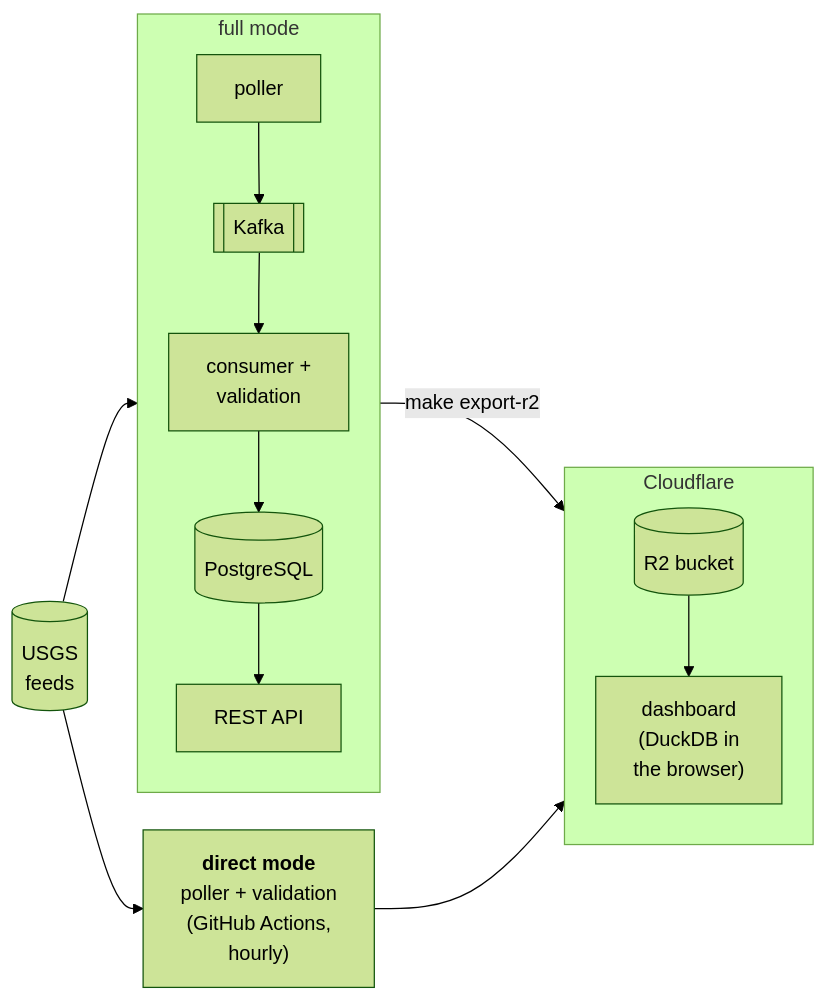
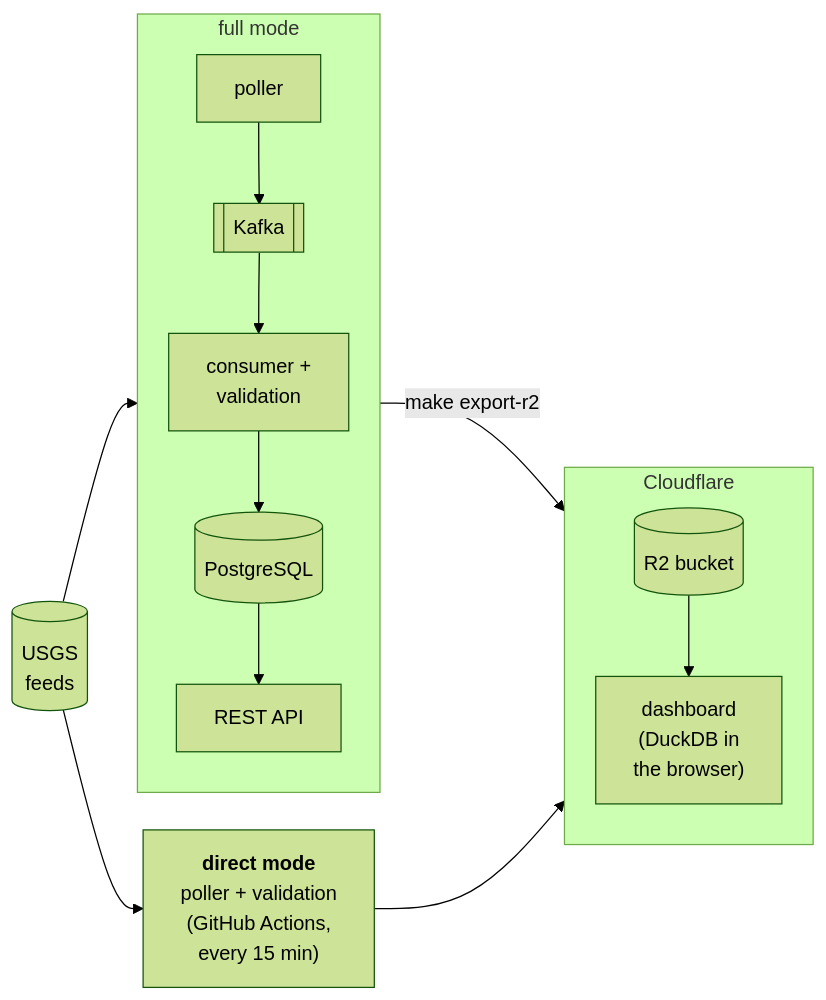
Before and after one commit to dienarvaez1/earth-hub: the first of 2 diagrams in README.md, drawn with Mermaid (forest theme). The commit also changed other lines of this file and 30 other files, not shown here.

First line of the commit message:
feat: MIT license, release script, direct mode every 15 minutes, no preview label; DEF-051 (#38)

````diff
--- a/README.md
+++ b/README.md
@@ -15,19 +15,19 @@
 ```mermaid
 %%{init: {"flowchart": {"rankSpacing": 40, "nodeSpacing": 30}}}%%
 flowchart LR
     usgs[("USGS<br/>feeds")]
     subgraph full["full mode"]
         direction TB
         poller --> kafka[["Kafka"]] --> consumer["consumer +<br/>validation"]
         consumer --> pg[("PostgreSQL")] --> api["REST API"]
     end
-    direct["<b>direct mode</b><br/>poller + validation<br/>(GitHub Actions,<br/>hourly)"]
+    direct["<b>direct mode</b><br/>poller + validation<br/>(GitHub Actions,<br/>every 15 min)"]
     subgraph cf["Cloudflare"]
         direction TB
         r2[("R2 bucket")] --> dash["dashboard<br/>(DuckDB in<br/>the browser)"]
     end
     usgs --> full
     usgs --> direct
     full -- "make export-r2" --> cf
     direct --> cf
 ```
````
